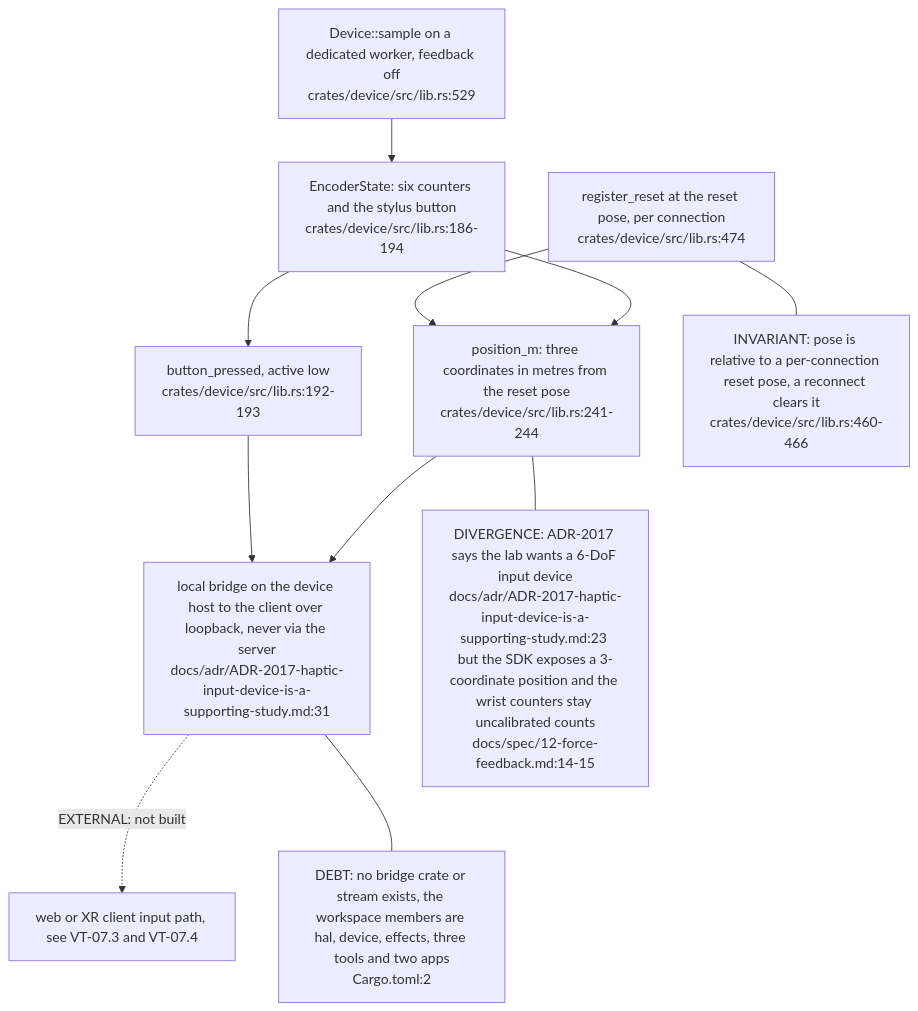
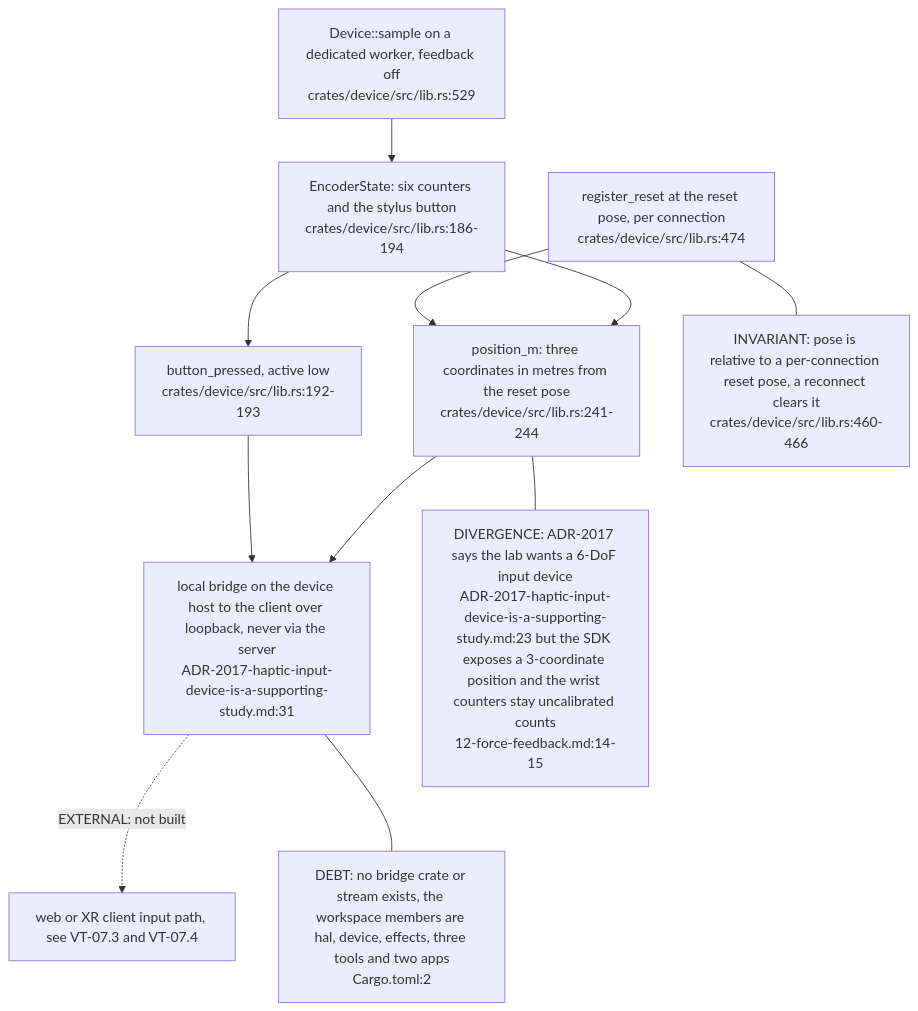
Before and after one commit to DreamLab-AI/VisionFlow: the second of 4 diagrams in docs/diagrams/visiontouch-rs/07-estate-position-and-future-visionclaw-grab-path.md, drawn with Mermaid. The commit also changed other lines of this file and 27 other files, not shown here.

````diff
--- a/docs/diagrams/visiontouch-rs/07-estate-position-and-future-visionclaw-grab-path.md
+++ b/docs/diagrams/visiontouch-rs/07-estate-position-and-future-visionclaw-grab-path.md
@@ -62,23 +64,23 @@
 ```mermaid
 flowchart TB
     DEV["Device::sample on a dedicated worker, feedback off<br/>crates/device/src/lib.rs:529"]
     ES["EncoderState: six counters and the stylus button<br/>crates/device/src/lib.rs:186-194"]
     REG["register_reset at the reset pose, per connection<br/>crates/device/src/lib.rs:474"]
     POS["position_m: three coordinates in metres from the reset pose<br/>crates/device/src/lib.rs:241-244"]
     BTN["button_pressed, active low<br/>crates/device/src/lib.rs:192-193"]
-    BRG["local bridge on the device host to the client over loopback, never via the server<br/>docs/adr/ADR-2017-haptic-input-device-is-a-supporting-study.md:31"]
+    BRG["local bridge on the device host to the client over loopback, never via the server<br/>ADR-2017-haptic-input-device-is-a-supporting-study.md:31"]
     CL["web or XR client input path, see VT-07.3 and VT-07.4"]
     DEV --> ES
     ES --> POS
     ES --> BTN
     REG --> POS
     POS --> BRG
     BTN --> BRG
     BRG -. "EXTERNAL: not built" .-> CL
-    N1["DIVERGENCE: ADR-2017 says the lab wants a 6-DoF input device<br/>docs/adr/ADR-2017-haptic-input-device-is-a-supporting-study.md:23 but the SDK exposes a 3-coordinate position and the wrist counters stay uncalibrated counts<br/>docs/spec/12-force-feedback.md:14-15"]
+    N1["DIVERGENCE: ADR-2017 says the lab wants a 6-DoF input device<br/>ADR-2017-haptic-input-device-is-a-supporting-study.md:23 but the SDK exposes a 3-coordinate position and the wrist counters stay uncalibrated counts<br/>12-force-feedback.md:14-15"]
     N2["DEBT: no bridge crate or stream exists, the workspace members are hal, device, effects, three tools and two apps<br/>Cargo.toml:2"]
     N3["INVARIANT: pose is relative to a per-connection reset pose, a reconnect clears it<br/>crates/device/src/lib.rs:460-466"]
     POS --- N1
     BRG --- N2
     REG --- N3
 ```
````
